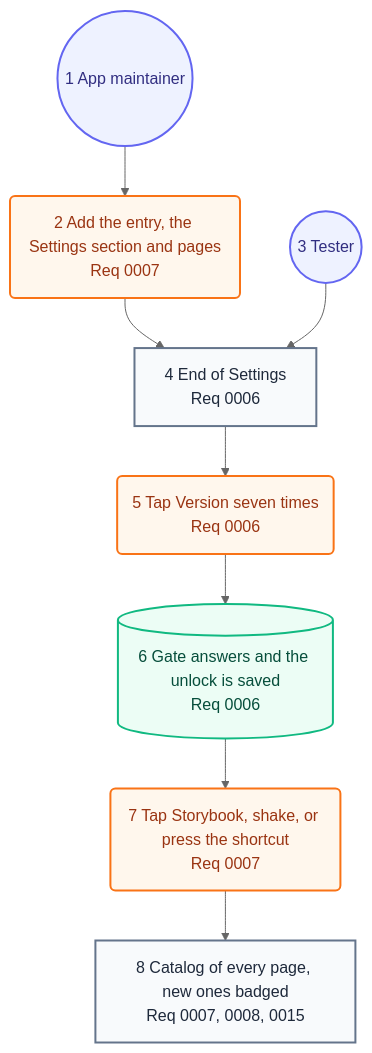
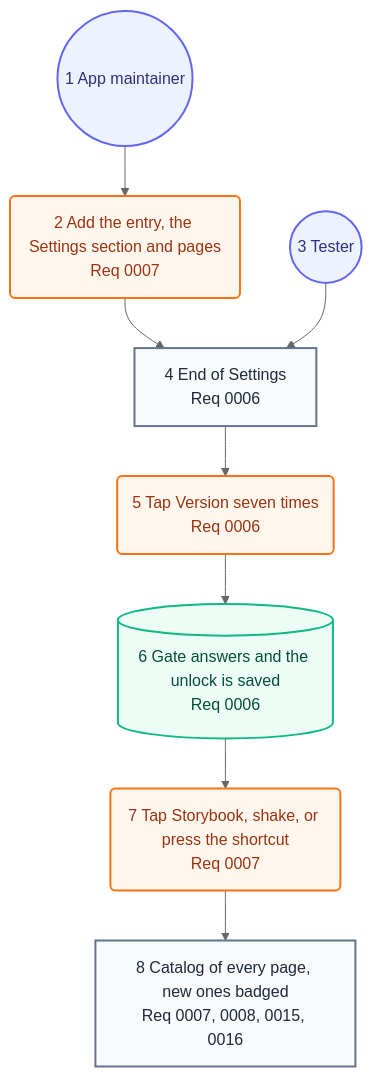
One commit to may-journal/common-swift changed the second of 2 diagrams in Packages/Storybook/docs/architecture/05-user-journey.md. Above: the diagram before and after it, drawn with Mermaid (neutral theme). The commit also changed 10 other files, not shown here.

````diff
--- a/Packages/Storybook/docs/architecture/05-user-journey.md
+++ b/Packages/Storybook/docs/architecture/05-user-journey.md
@@ -31,24 +31,24 @@
 ```mermaid
 flowchart TB
     maintainer((1 App maintainer)):::persona
     adopt(2 Add the entry, the Settings section and pages<br/>Req 0007):::action
     tester((3 Tester)):::persona
     settings[4 End of Settings<br/>Req 0006]:::screen
     taps(5 Tap Version seven times<br/>Req 0006):::action
     gate[(6 Gate answers and the unlock is saved<br/>Req 0006)]:::system
     open(7 Tap Storybook, shake, or press the shortcut<br/>Req 0007):::action
-    catalog[8 Catalog of every page, new ones badged<br/>Req 0007, 0008, 0015]:::screen
+    catalog[8 Catalog of every page, new ones badged<br/>Req 0007, 0008, 0015, 0016]:::screen
 
     maintainer --> adopt
     adopt --> settings
     tester --> settings
     settings --> taps
     taps --> gate
     gate --> open
     open --> catalog
 
     classDef persona fill:#eef2ff,stroke:#6366f1,color:#312e81,stroke-width:2px
     classDef screen fill:#f8fafc,stroke:#64748b,color:#1e293b,stroke-width:2px
     classDef action fill:#fff7ed,stroke:#f97316,color:#9a3412,stroke-width:2px
     classDef system fill:#ecfdf5,stroke:#10b981,color:#064e3b,stroke-width:2px
 ```
````
